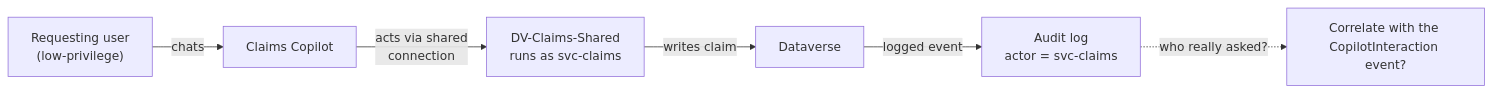
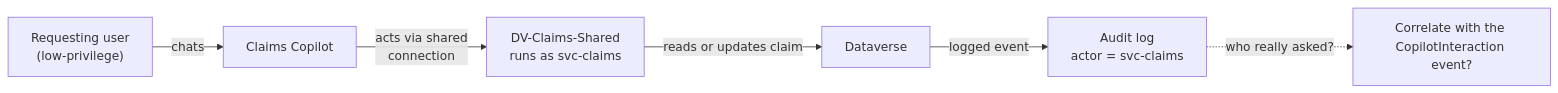
One commit to solliancenet/copilot-studio-shadow-agents-workshop changed the diagram in docs/05_test_the_controls/05_07.md. Above: the diagram before and after it, drawn with Mermaid. The commit also changed other lines of this file and 2 other files, not shown here.

````diff
--- a/docs/05_test_the_controls/05_07.md
+++ b/docs/05_test_the_controls/05_07.md
@@ -120,8 +120,8 @@
 ```mermaid
 flowchart LR
   U["Requesting user<br/>(low-privilege)"] -->|chats| Ag["Claims Copilot"]
   Ag -->|acts via shared<br/>connection| Conn["DV-Claims-Shared<br/>runs as svc-claims"]
-  Conn -->|writes claim| DV["Dataverse"]
+  Conn -->|reads or updates claim| DV["Dataverse"]
   DV -->|logged event| Log["Audit log<br/>actor = svc-claims"]
   Log -.->|who really asked?| Gap["Correlate with the CopilotInteraction event?"]
 ```
````
